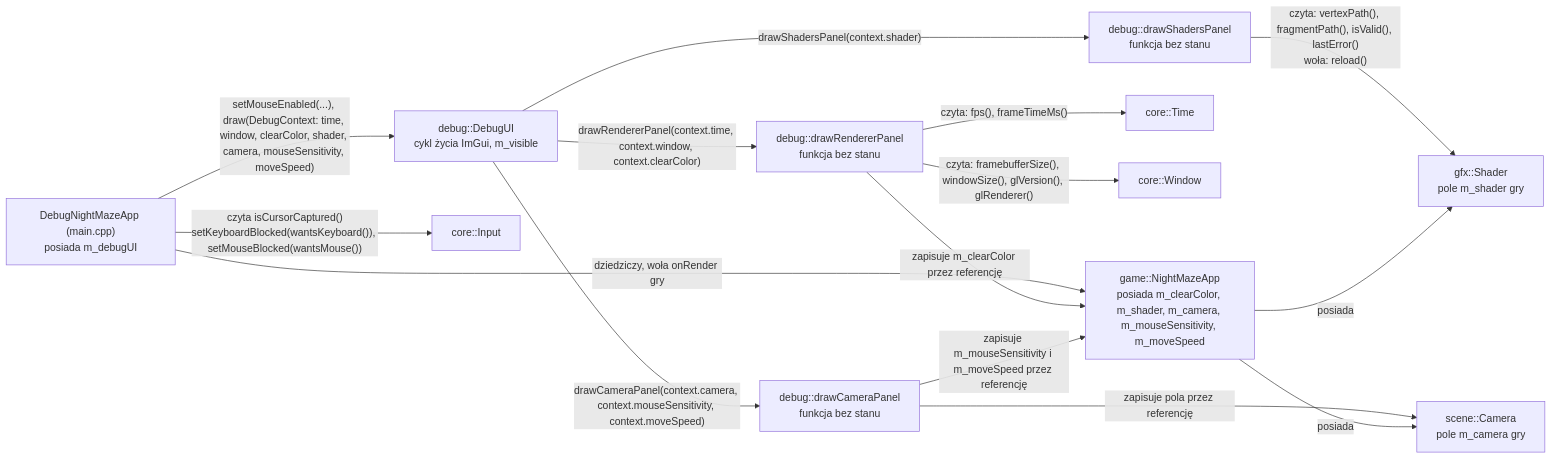
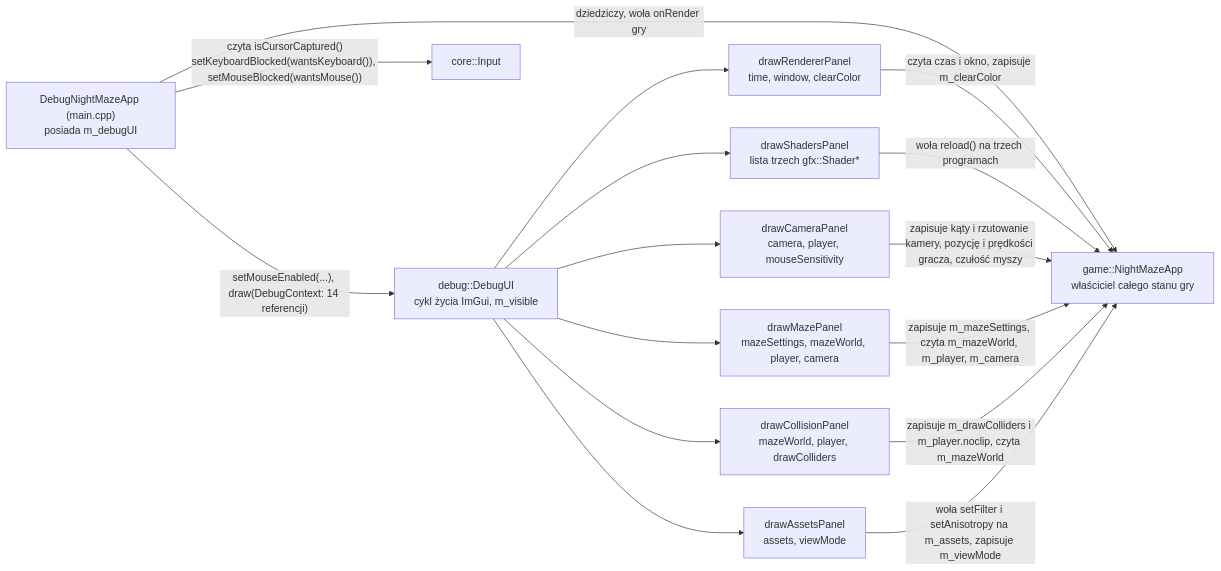
One commit to Shironex/night-maze changed the second of 2 diagrams in docs/modules/debug-ui.md. Above: the diagram before and after it, drawn with Mermaid. The commit also changed other lines of this file and 41 other files, not shown here.

First line of the commit message:
feat(game): draw the textured maze and walk through it

````diff
--- a/docs/modules/debug-ui.md
+++ b/docs/modules/debug-ui.md
@@ -161,17 +179,18 @@
 ```mermaid
 flowchart LR
-    Main["DebugNightMazeApp (main.cpp)<br/>posiada m_debugUI"] -->|"setMouseEnabled(...), draw(DebugContext: time, window, clearColor, shader, camera, mouseSensitivity, moveSpeed)"| UI["debug::DebugUI<br/>cykl życia ImGui, m_visible"]
-    Main -->|"dziedziczy, woła onRender gry"| Game["game::NightMazeApp<br/>posiada m_clearColor, m_shader, m_camera, m_mouseSensitivity, m_moveSpeed"]
+    Main["DebugNightMazeApp (main.cpp)<br/>posiada m_debugUI"] -->|"setMouseEnabled(...), draw(DebugContext: 14 referencji)"| UI["debug::DebugUI<br/>cykl życia ImGui, m_visible"]
+    Main -->|"dziedziczy, woła onRender gry"| Game["game::NightMazeApp<br/>właściciel całego stanu gry"]
     Main -->|"czyta isCursorCaptured()<br/>setKeyboardBlocked(wantsKeyboard()), setMouseBlocked(wantsMouse())"| In["core::Input"]
-    UI -->|"drawRendererPanel(context.time, context.window, context.clearColor)"| Panel["debug::drawRendererPanel<br/>funkcja bez stanu"]
-    Panel -->|"czyta: fps(), frameTimeMs()"| Time["core::Time"]
-    Panel -->|"czyta: framebufferSize(), windowSize(), glVersion(), glRenderer()"| Win["core::Window"]
-    Panel -->|"zapisuje m_clearColor przez referencję"| Game
-    UI -->|"drawShadersPanel(context.shader)"| SPanel["debug::drawShadersPanel<br/>funkcja bez stanu"]
-    SPanel -->|"czyta: vertexPath(), fragmentPath(), isValid(), lastError()<br/>woła: reload()"| Shader["gfx::Shader<br/>pole m_shader gry"]
-    Game -->|"posiada"| Shader
-    UI -->|"drawCameraPanel(context.camera, context.mouseSensitivity, context.moveSpeed)"| CPanel["debug::drawCameraPanel<br/>funkcja bez stanu"]
-    CPanel -->|"zapisuje pola przez referencję"| Cam["scene::Camera<br/>pole m_camera gry"]
-    CPanel -->|"zapisuje m_mouseSensitivity i m_moveSpeed przez referencję"| Game
-    Game -->|"posiada"| Cam
+    UI --> RP["drawRendererPanel<br/>time, window, clearColor"]
+    UI --> SP["drawShadersPanel<br/>lista trzech gfx::Shader*"]
+    UI --> CP["drawCameraPanel<br/>camera, player, mouseSensitivity"]
+    UI --> MP["drawMazePanel<br/>mazeSettings, mazeWorld, player, camera"]
+    UI --> CO["drawCollisionPanel<br/>mazeWorld, player, drawColliders"]
+    UI --> AP["drawAssetsPanel<br/>assets, viewMode"]
+    RP -->|"czyta czas i okno, zapisuje m_clearColor"| Game
+    SP -->|"woła reload() na trzech programach"| Game
+    CP -->|"zapisuje kąty i rzutowanie kamery, pozycję i prędkości gracza, czułość myszy"| Game
+    MP -->|"zapisuje m_mazeSettings, czyta m_mazeWorld, m_player, m_camera"| Game
+    CO -->|"zapisuje m_drawColliders i m_player.noclip, czyta m_mazeWorld"| Game
+    AP -->|"woła setFilter i setAnisotropy na m_assets, zapisuje m_viewMode"| Game
 ```
````
